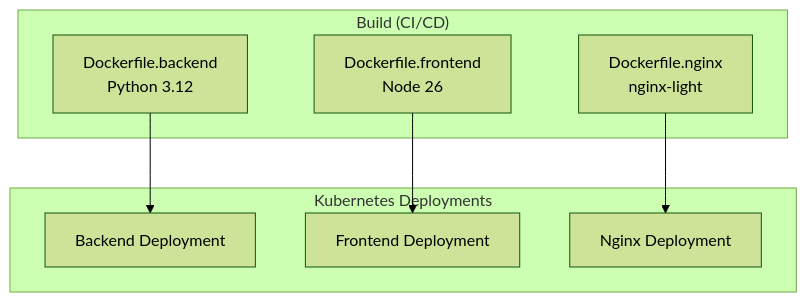
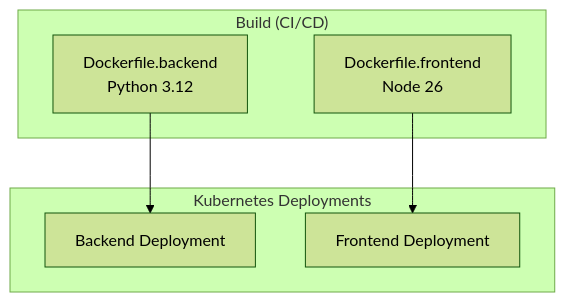
The first of 3 diagrams in wiki/containerization.md (berserkhmdvhb/fullstack_template), drawn with Mermaid (forest theme) before and after one commit. The commit also changed other lines of this file and 24 other files, not shown here.

Commit message:
docs: describe the two-image architecture; the Next.js server serves its own assets

````diff
--- a/wiki/containerization.md
+++ b/wiki/containerization.md
@@ -28,18 +27,15 @@
 ```mermaid
 flowchart TB
     subgraph Build["Build (CI/CD)"]
         BackendBuild["Dockerfile.backend<br/>Python 3.12"]
         FrontendBuild["Dockerfile.frontend<br/>Node 26"]
-        NginxBuild["Dockerfile.nginx<br/>nginx-light"]
     end
 
     subgraph K8s["Kubernetes Deployments"]
         Backend["Backend Deployment"]
         Frontend["Frontend Deployment"]
-        Nginx["Nginx Deployment"]
     end
 
     BackendBuild --> Backend
     FrontendBuild --> Frontend
-    NginxBuild --> Nginx
 ```
````
